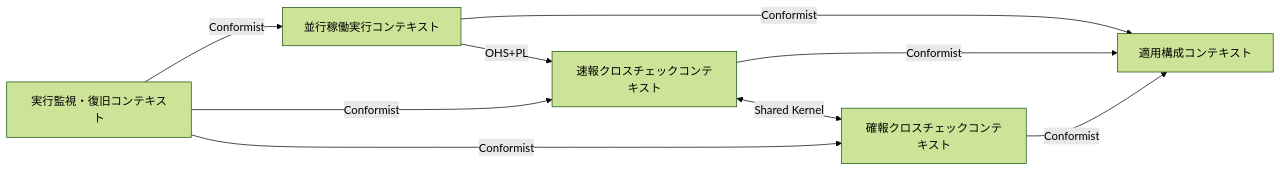
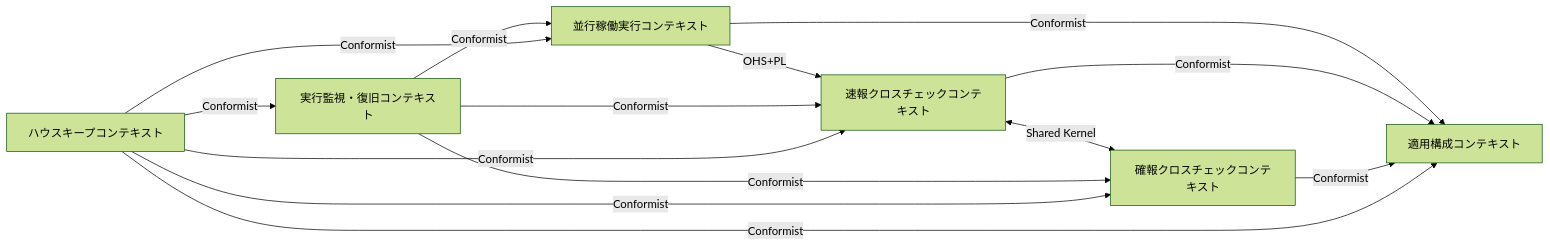
The second of 7 diagrams in docs/README.md (suwa-sh/relay-gate), drawn with Mermaid (forest theme) before and after one commit. The commit also changed other lines of this file and 3014 other files, not shown here.

````diff
--- a/docs/README.md
+++ b/docs/README.md
@@ -117,16 +116,22 @@
 ```mermaid
 graph LR
 BC5["適用構成コンテキスト"]
 BC1["並行稼働実行コンテキスト"]
 BC2["速報クロスチェックコンテキスト"]
 BC3["確報クロスチェックコンテキスト"]
 BC4["実行監視・復旧コンテキスト"]
+BC6["ハウスキープコンテキスト"]
 BC1 -->|Conformist| BC5
 BC2 -->|Conformist| BC5
 BC3 -->|Conformist| BC5
 BC1 -->|OHS+PL| BC2
 BC2 <-->|Shared Kernel| BC3
 BC4 -->|Conformist| BC1
 BC4 -->|Conformist| BC2
 BC4 -->|Conformist| BC3
+BC6 -->|Conformist| BC1
+BC6 -->|Conformist| BC2
+BC6 -->|Conformist| BC3
+BC6 -->|Conformist| BC4
+BC6 -->|Conformist| BC5
 ```
````
